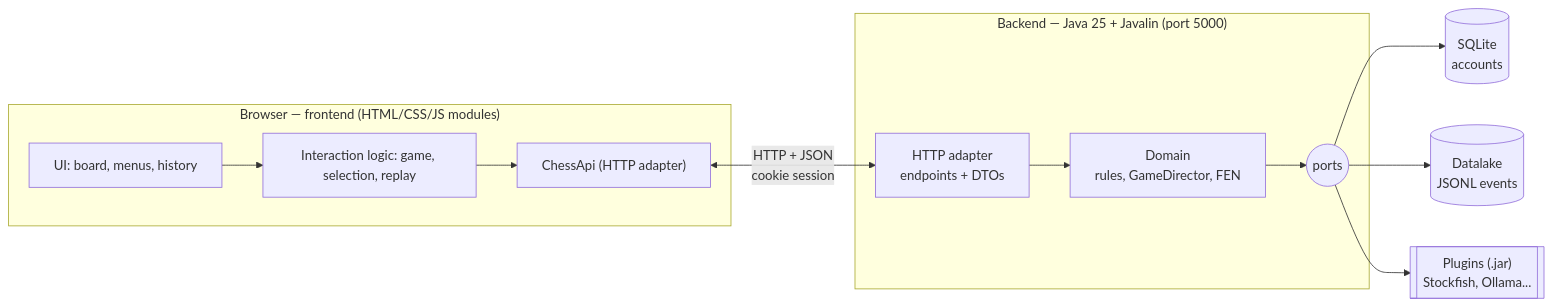
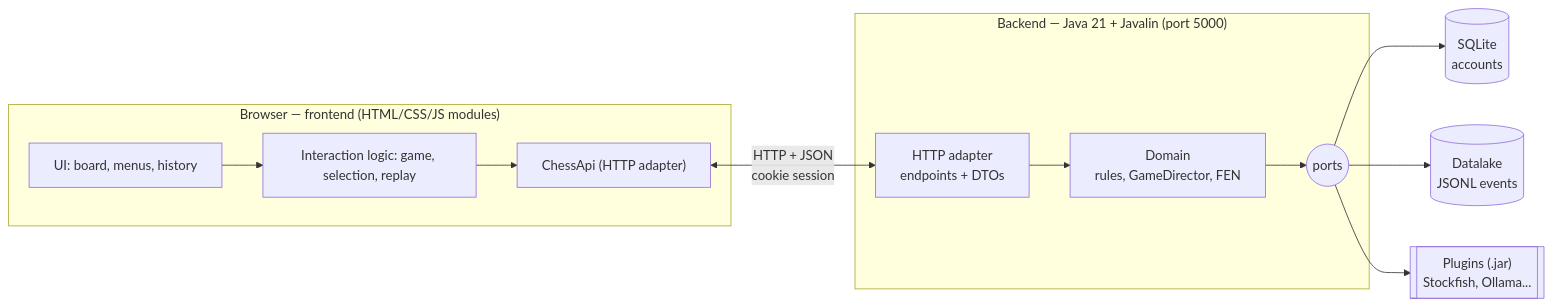
One commit to Reivajh06/chess-software changed the first of 10 diagrams in README.md. Above: the diagram before and after it, drawn with Mermaid. The commit also changed other lines of this file and 8 other files, not shown here.

````diff
--- a/README.md
+++ b/README.md
@@ -271,25 +271,25 @@
 ```mermaid
 flowchart LR
     subgraph Browser["Browser — frontend (HTML/CSS/JS modules)"]
         UI["UI: board, menus, history"]
         UC["Interaction logic: game, selection, replay"]
         API["ChessApi (HTTP adapter)"]
         UI --> UC --> API
     end
 
-    subgraph Backend["Backend — Java 25 + Javalin (port 5000)"]
+    subgraph Backend["Backend — Java 21 + Javalin (port 5000)"]
         HTTP["HTTP adapter<br/>endpoints + DTOs"]
         CORE["Domain<br/>rules, GameDirector, FEN"]
         PORTS(("ports"))
         HTTP --> CORE --> PORTS
     end
 
     DB[("SQLite<br/>accounts")]
     DL[("Datalake<br/>JSONL events")]
     PL[["Plugins (.jar)<br/>Stockfish, Ollama..."]]
 
     API <-->|"HTTP + JSON<br/>cookie session"| HTTP
     PORTS --> DB
     PORTS --> DL
     PORTS --> PL
 ```
````
